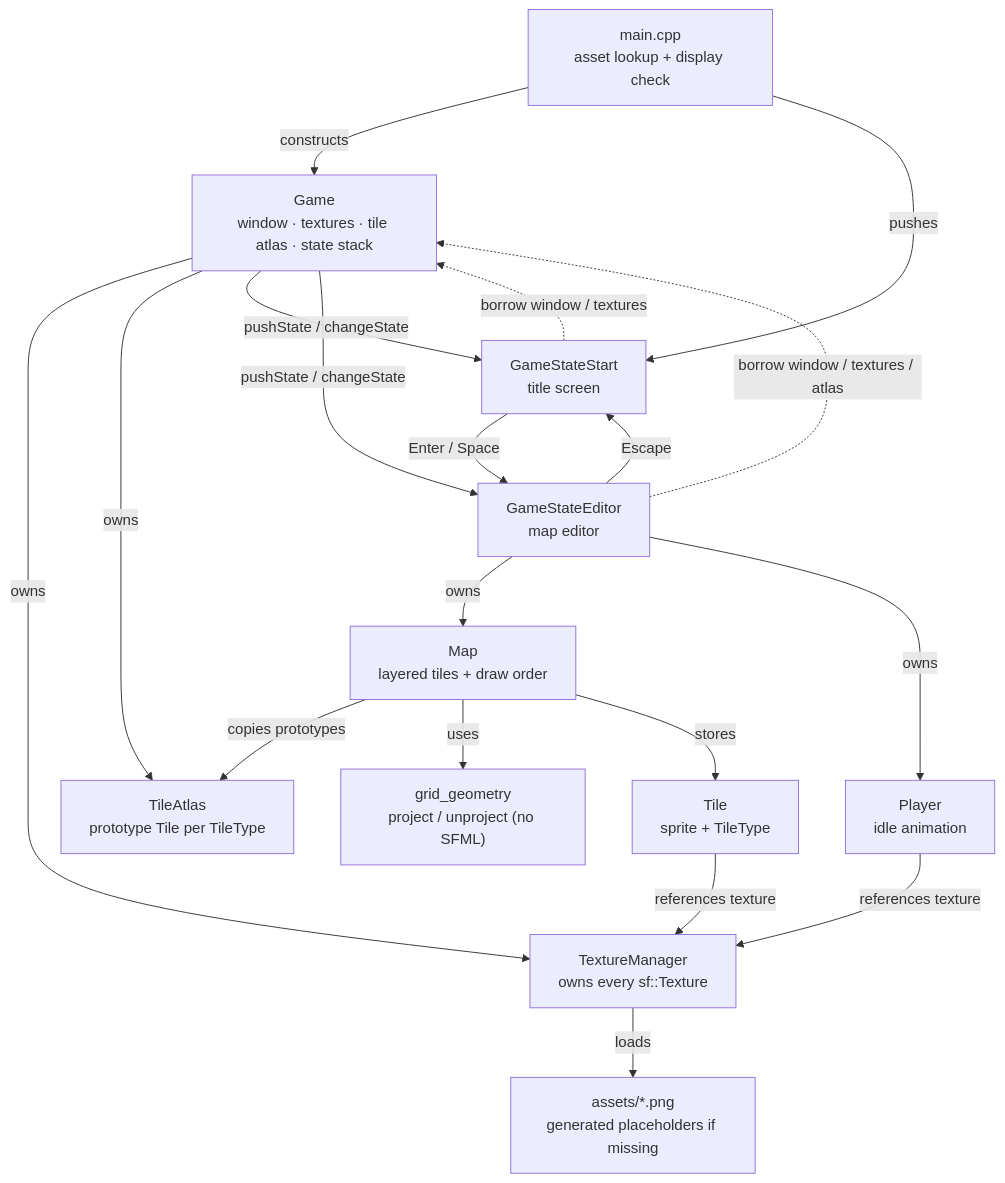
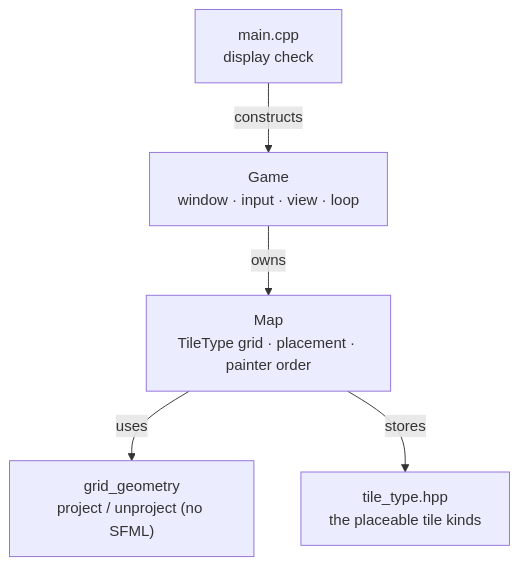
Before and after one commit to LeoMart12345/IsometricSFMLgame: the diagram in README.md, drawn with Mermaid. The commit also changed other lines of this file and 25 other files, not shown here.

Commit message:
Simplify to the tile-placement editor

````diff
--- a/README.md
+++ b/README.md
@@ -18,33 +14,13 @@
 ```mermaid
 flowchart TD
-    main["main.cpp<br/>asset lookup + display check"]
-    game["Game<br/>window · textures · tile atlas · state stack"]
-    tm["TextureManager<br/>owns every sf::Texture"]
-    atlas["TileAtlas<br/>prototype Tile per TileType"]
-    start["GameStateStart<br/>title screen"]
-    editor["GameStateEditor<br/>map editor"]
-    map["Map<br/>layered tiles + draw order"]
-    tile["Tile<br/>sprite + TileType"]
+    main["main.cpp<br/>display check"]
+    game["Game<br/>window · input · view · loop"]
+    map["Map<br/>TileType grid · placement · painter order"]
     geo["grid_geometry<br/>project / unproject (no SFML)"]
-    player["Player<br/>idle animation"]
-    assets["assets/*.png<br/>generated placeholders if missing"]
+    type["tile_type.hpp<br/>the placeable tile kinds"]
 
     main -->|constructs| game
-    main -->|pushes| start
-    game -->|owns| tm
-    game -->|owns| atlas
-    game -->|pushState / changeState| start
-    game -->|pushState / changeState| editor
-    start -.->|borrow window / textures| game
-    editor -.->|borrow window / textures / atlas| game
-    start -->|Enter / Space| editor
-    editor -->|Escape| start
-    editor -->|owns| map
-    editor -->|owns| player
-    map -->|copies prototypes| atlas
+    game -->|owns| map
     map -->|uses| geo
-    map -->|stores| tile
-    tile -->|references texture| tm
-    player -->|references texture| tm
-    tm -->|loads| assets
+    map -->|stores| type
 ```
````
